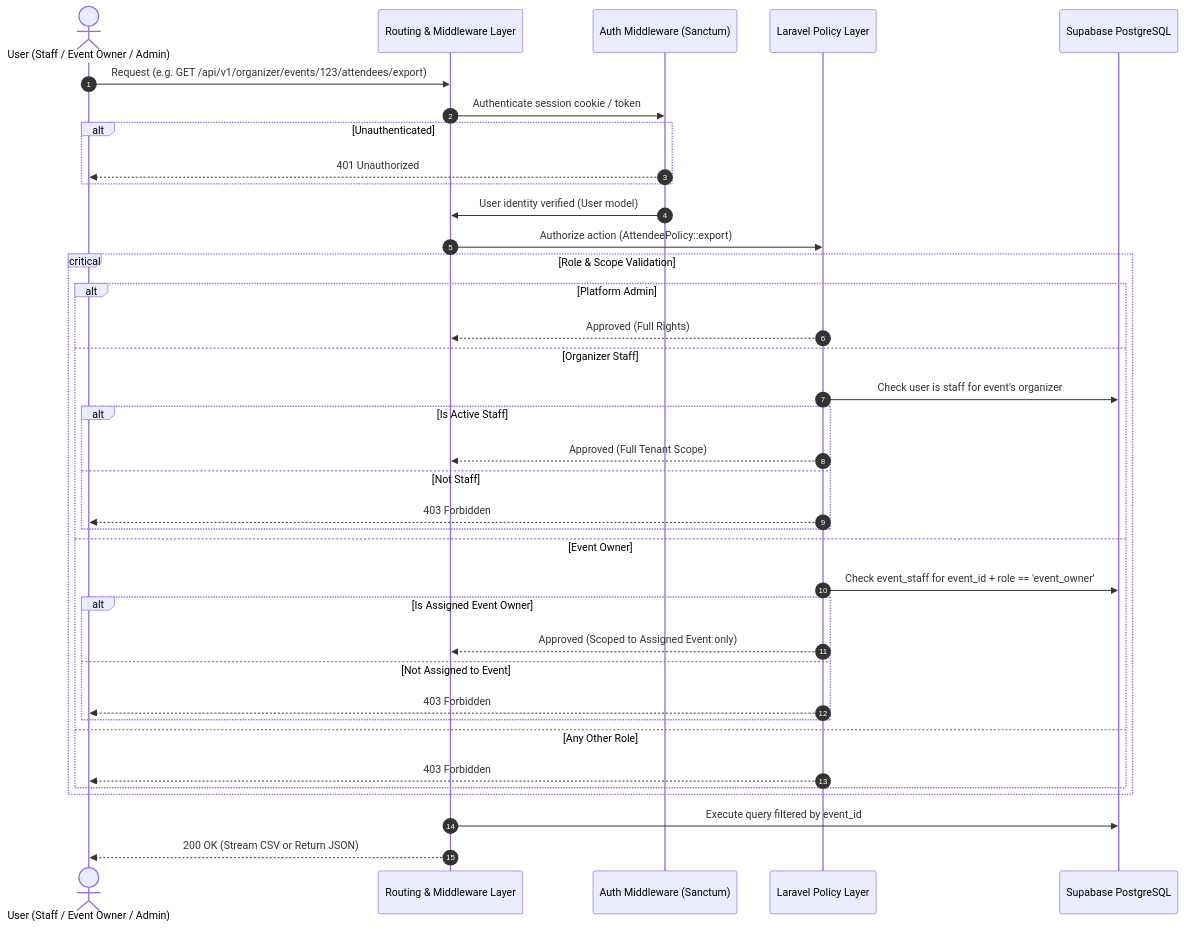
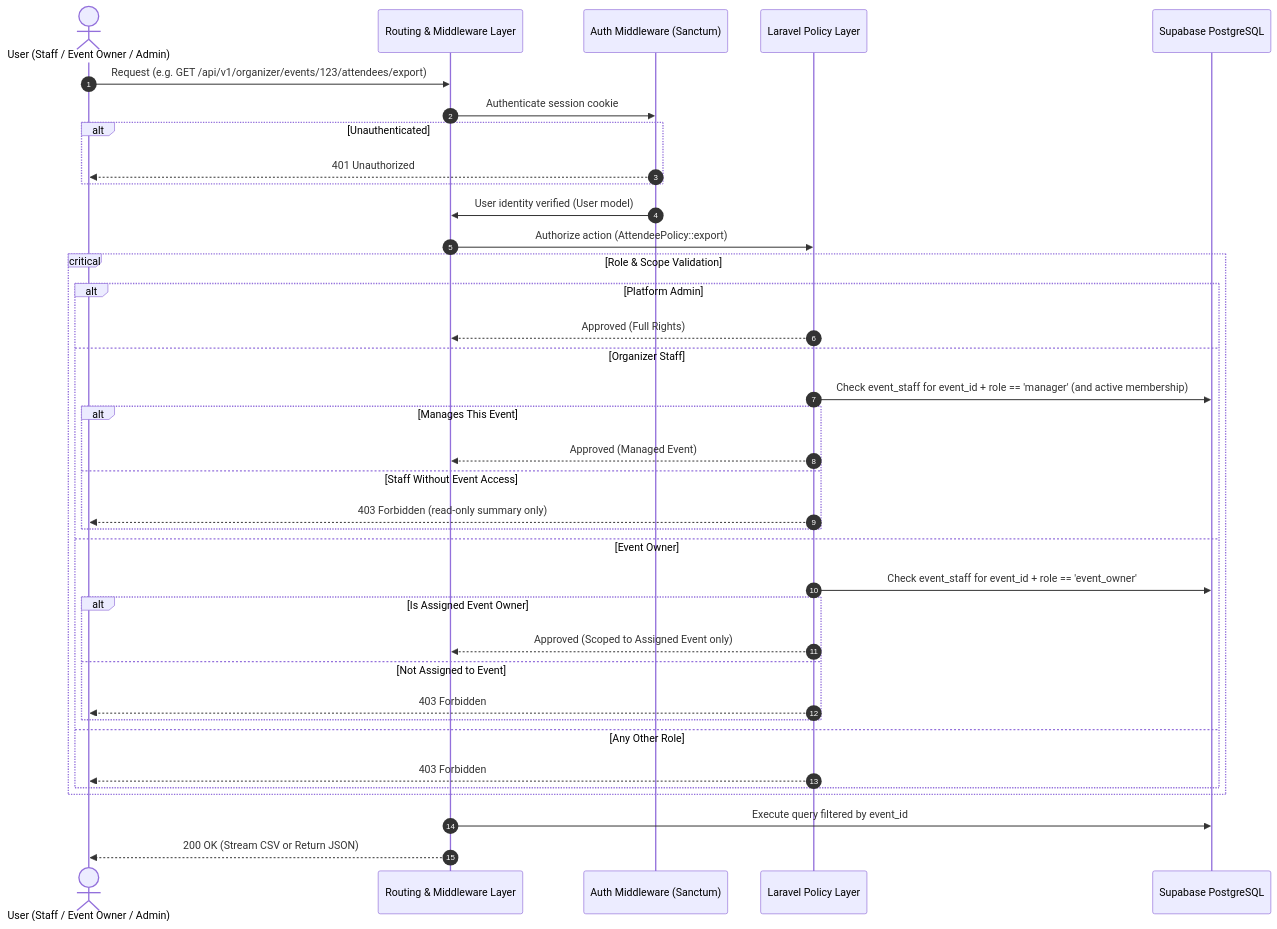
One commit to kreativesahara/ticket changed the diagram in doc/diagrams/roleandprivileage/02-authorization-pipeline.md. Above: the diagram before and after it, drawn with Mermaid. The commit also changed other lines of this file and 39 other files, not shown here.

Commit message:
feat: add documentation, system diagrams, and state machine specifications for roles, use cases, and architecture

````diff
--- a/doc/diagrams/roleandprivileage/02-authorization-pipeline.md
+++ b/doc/diagrams/roleandprivileage/02-authorization-pipeline.md
@@ -7,43 +7,43 @@
 ```mermaid
 sequenceDiagram
     autonumber
     actor Client as User (Staff / Event Owner / Admin)
     participant HTTP as Routing & Middleware Layer
     participant Sanctum as Auth Middleware (Sanctum)
     participant Policy as Laravel Policy Layer
     participant DB as Supabase PostgreSQL
 
     Client->>HTTP: Request (e.g. GET /api/v1/organizer/events/123/attendees/export)
-    HTTP->>Sanctum: Authenticate session cookie / token
+    HTTP->>Sanctum: Authenticate session cookie
     alt Unauthenticated
         Sanctum-->>Client: 401 Unauthorized
     end
 
     Sanctum->>HTTP: User identity verified (User model)
     HTTP->>Policy: Authorize action (AttendeePolicy::export)
 
     critical Role & Scope Validation
         alt Platform Admin
             Policy-->>HTTP: Approved (Full Rights)
         else Organizer Staff
-            Policy->>DB: Check user is staff for event's organizer
-            alt Is Active Staff
-                Policy-->>HTTP: Approved (Full Tenant Scope)
-            else Not Staff
-                Policy-->>Client: 403 Forbidden
+            Policy->>DB: Check event_staff for event_id + role == 'manager' (and active membership)
+            alt Manages This Event
+                Policy-->>HTTP: Approved (Managed Event)
+            else Staff Without Event Access
+                Policy-->>Client: 403 Forbidden (read-only summary only)
             end
         else Event Owner
             Policy->>DB: Check event_staff for event_id + role == 'event_owner'
             alt Is Assigned Event Owner
                 Policy-->>HTTP: Approved (Scoped to Assigned Event only)
             else Not Assigned to Event
                 Policy-->>Client: 403 Forbidden
             end
         else Any Other Role
             Policy-->>Client: 403 Forbidden
         end
     end
 
     HTTP->>DB: Execute query filtered by event_id
     HTTP-->>Client: 200 OK (Stream CSV or Return JSON)
 ```
````
